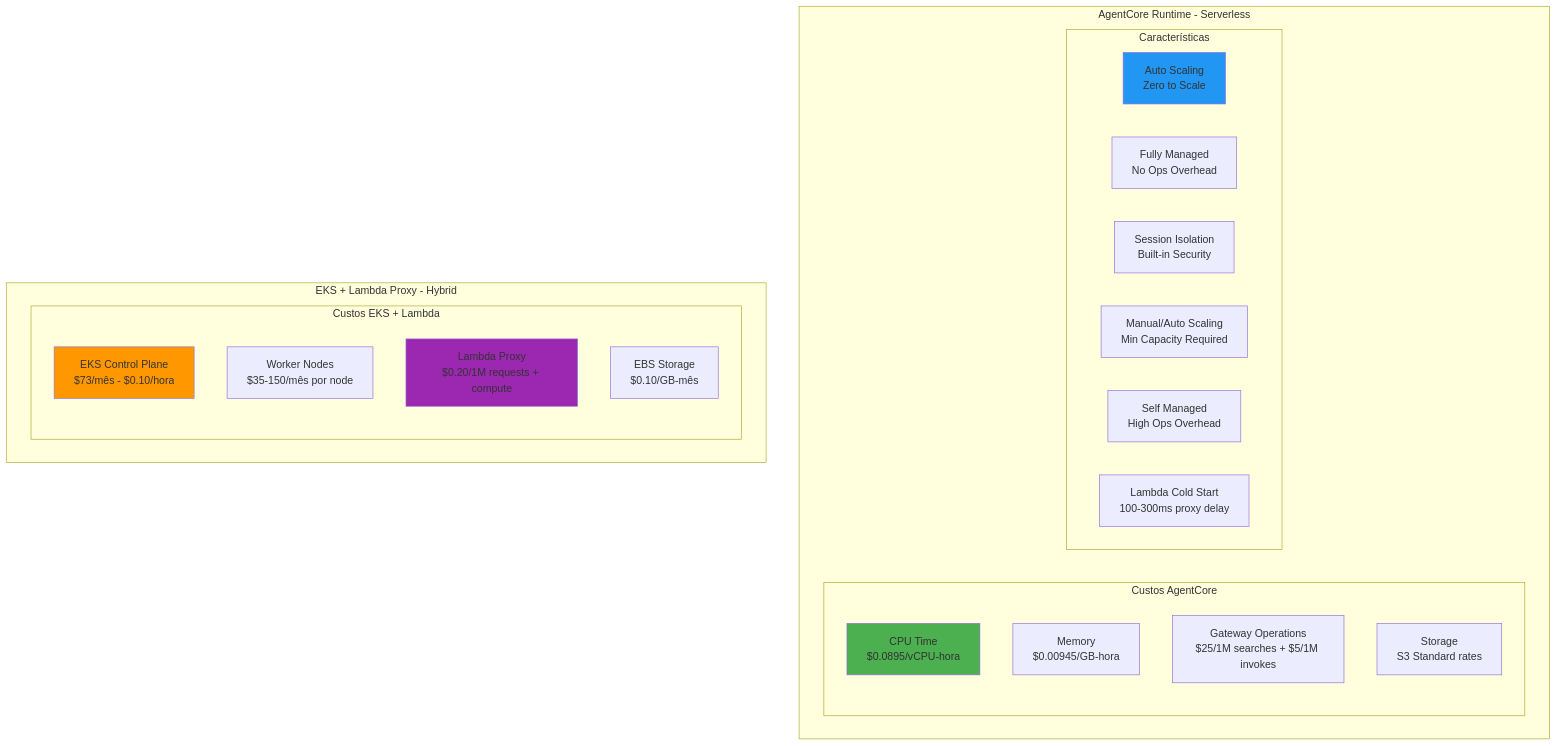
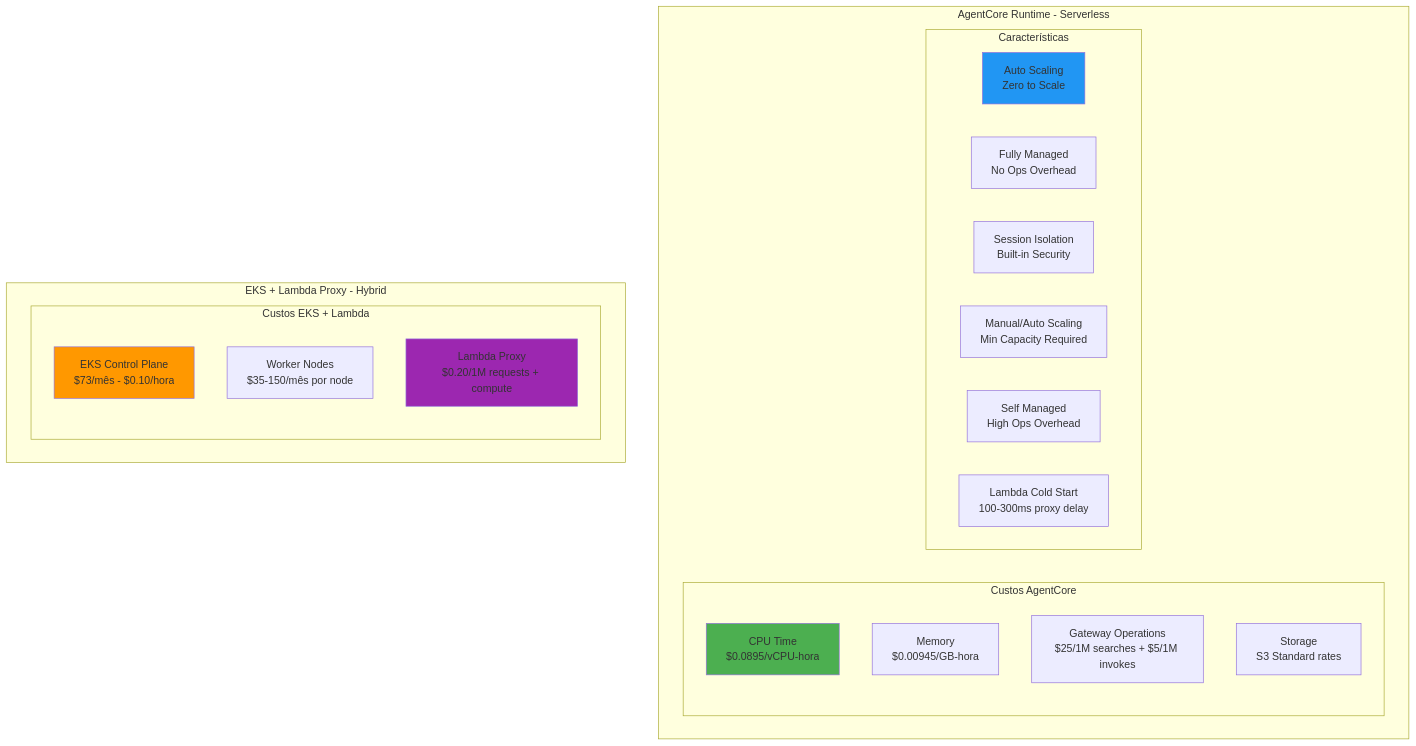
Diagram 30 of 31 in README.md (thiagodavala/ai-foundation-arch), drawn with Mermaid before and after one commit. The commit also changed other lines of this file, not shown here.

Commit message:
Remove EBS

````diff
--- a/README.md
+++ b/README.md
@@ -2846,37 +2846,36 @@
 ```mermaid
 graph TB
     subgraph "AgentCore Runtime - Serverless"
         subgraph "Custos AgentCore"
             AC_CPU[CPU Time<br/>$0.0895/vCPU-hora]
             AC_MEMORY[Memory<br/>$0.00945/GB-hora]
             AC_GATEWAY[Gateway Operations<br/>$25/1M searches + $5/1M invokes]
             AC_STORAGE[Storage<br/>S3 Standard rates]
         end
         
         subgraph "Características"
             AC_SCALING[Auto Scaling<br/>Zero to Scale]
             AC_MGMT[Fully Managed<br/>No Ops Overhead]
             AC_ISOLATION[Session Isolation<br/>Built-in Security]
         end
     end
     
     subgraph "EKS + Lambda Proxy - Hybrid"
         subgraph "Custos EKS + Lambda"
             EKS_CONTROL[EKS Control Plane<br/>$73/mês - $0.10/hora]
             EKS_NODES[Worker Nodes<br/>$35-150/mês por node]
             LAMBDA_PROXY[Lambda Proxy<br/>$0.20/1M requests + compute]
-            EKS_STORAGE[EBS Storage<br/>$0.10/GB-mês]
         end
         
         subgraph "Características"
             EKS_SCALING[Manual/Auto Scaling<br/>Min Capacity Required]
             EKS_MGMT[Self Managed<br/>High Ops Overhead]
             LAMBDA_COLD[Lambda Cold Start<br/>100-300ms proxy delay]
         end
     end
     
     style AC_CPU fill:#4caf50
     style AC_SCALING fill:#2196f3
     style EKS_CONTROL fill:#ff9800
     style LAMBDA_PROXY fill:#9c27b0
 ```
````
